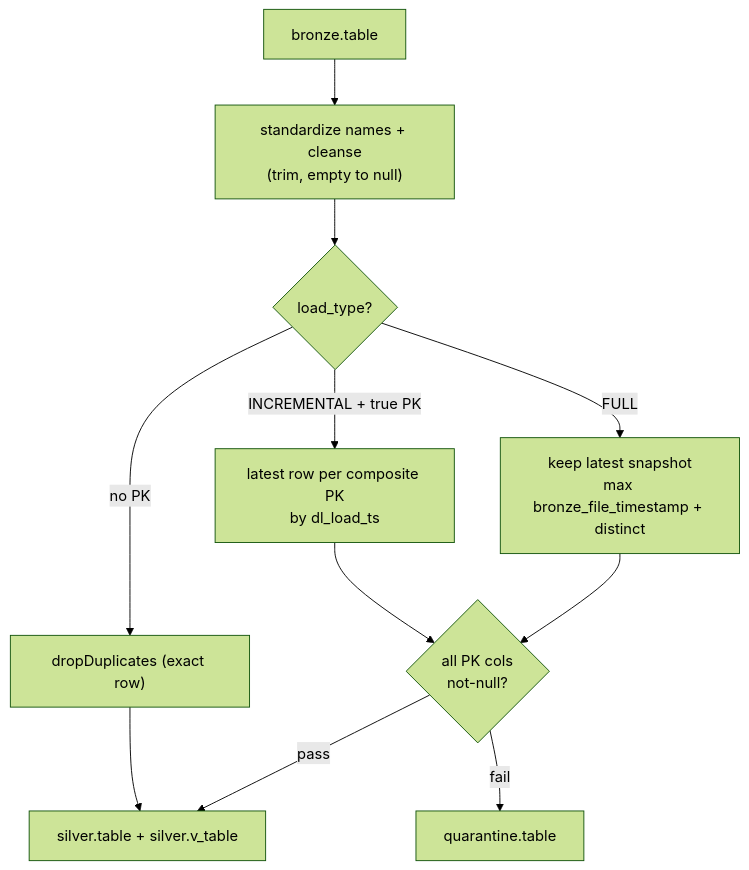
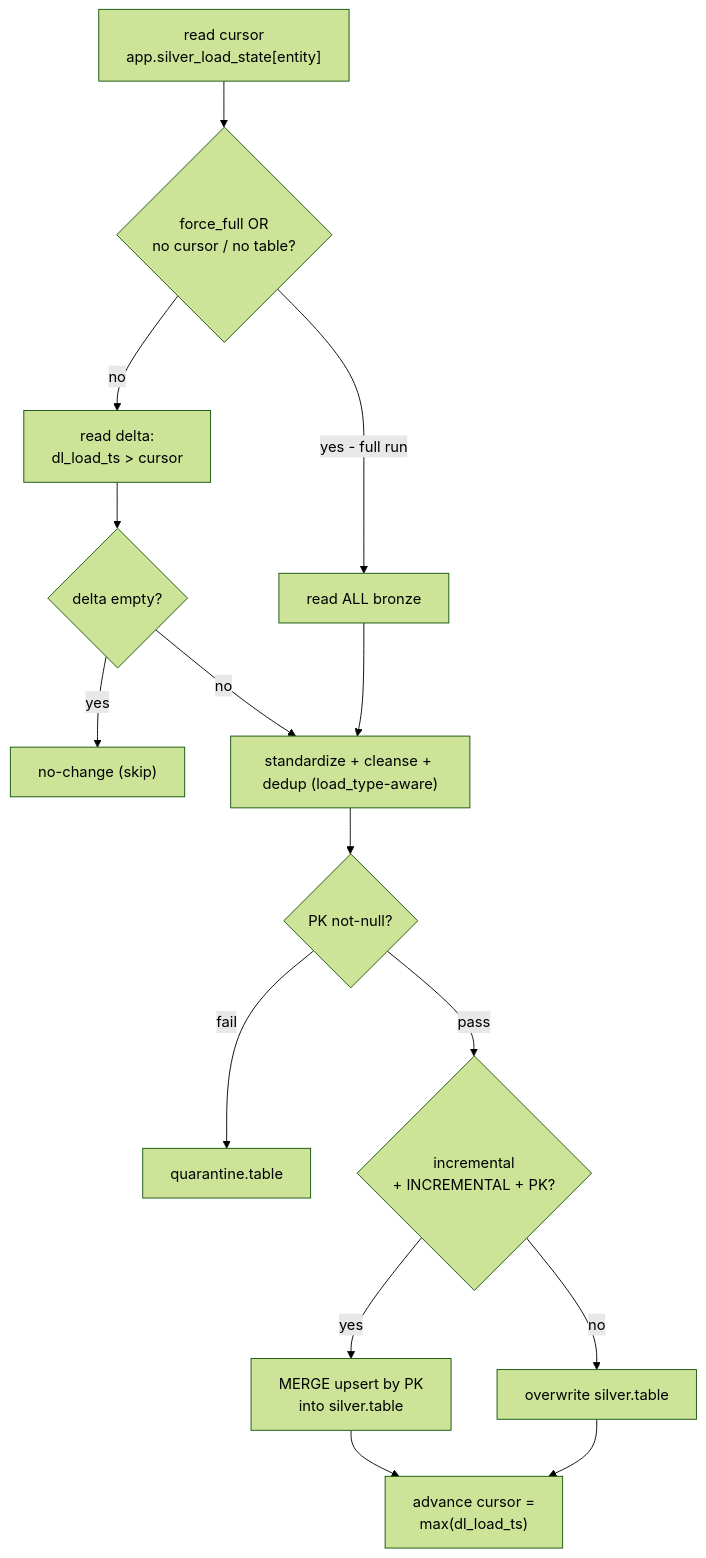
One commit to bcgov/Mines-Data-Platform changed the seventh of 14 diagrams in medallion/docs/01-ELT-FRAMEWORK-design-and-runbook.md. Above: the diagram before and after it, drawn with Mermaid (forest theme). The commit also changed other lines of this file and 1 other file, not shown here.

Commit message:
docs: incremental silver (dl_load_ts cursor, MERGE, soft-delete passthrough, full-reconcile flag)

````diff
--- a/medallion/docs/01-ELT-FRAMEWORK-design-and-runbook.md
+++ b/medallion/docs/01-ELT-FRAMEWORK-design-and-runbook.md
@@ -256,13 +257,17 @@
 ```mermaid
 flowchart TB
-  S["bronze.table"] --> ST["standardize names + cleanse<br/>(trim, empty to null)"]
-  ST --> Q{"load_type?"}
-  Q -->|INCREMENTAL + true PK| I["latest row per composite PK<br/>by dl_load_ts"]
-  Q -->|FULL| FU["keep latest snapshot<br/>max bronze_file_timestamp + distinct"]
-  Q -->|no PK| NP["dropDuplicates (exact row)"]
-  I --> DQ{"all PK cols<br/>not-null?"}
-  FU --> DQ
-  NP --> WR
-  DQ -->|pass| WR["silver.table + silver.v_table"]
+  C["read cursor<br/>app.silver_load_state[entity]"] --> D{"force_full OR<br/>no cursor / no table?"}
+  D -->|yes - full run| ALL["read ALL bronze"]
+  D -->|no| DELTA["read delta:<br/>dl_load_ts > cursor"]
+  DELTA --> E{"delta empty?"}
+  E -->|yes| NC["no-change (skip)"]
+  E -->|no| ST
+  ALL --> ST["standardize + cleanse + dedup (load_type-aware)"]
+  ST --> DQ{"PK not-null?"}
   DQ -->|fail| QU["quarantine.table"]
+  DQ -->|pass| W{"incremental<br/>+ INCREMENTAL + PK?"}
+  W -->|yes| MG["MERGE upsert by PK<br/>into silver.table"]
+  W -->|no| OW["overwrite silver.table"]
+  MG --> ADV["advance cursor =<br/>max(dl_load_ts)"]
+  OW --> ADV
 ```
````
